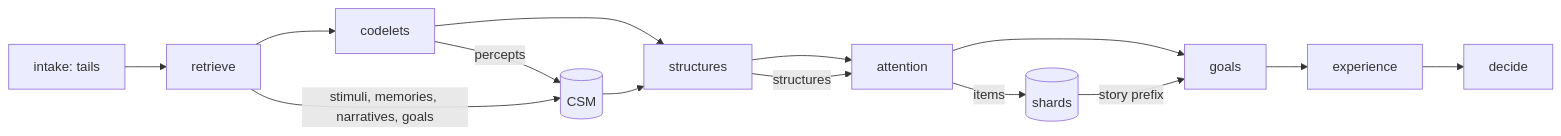
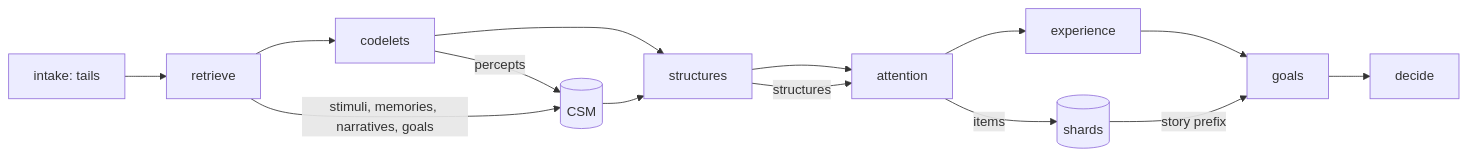
One commit to flamingrickpat/private-machine changed the diagram in docs/subsystems/workspace.md. Above: the diagram before and after it, drawn with Mermaid. The commit also changed other lines of this file and 55 other files, not shown here.

````diff
--- a/docs/subsystems/workspace.md
+++ b/docs/subsystems/workspace.md
@@ -25,10 +25,10 @@
 ```mermaid
 flowchart LR
-    I[intake: tails] --> R[retrieve] --> K[codelets] --> S[structures] --> N[attention] --> G[goals] --> E[experience] --> D[decide]
+    I[intake: tails] --> R[retrieve] --> K[codelets] --> S[structures] --> N[attention] --> E[experience] --> G[goals] --> D[decide]
     R -- stimuli, memories, narratives, goals --> CSM[(CSM)]
     K -- percepts --> CSM
     CSM --> S
     S -- structures --> N
     N -- items --> W[(shards)]
     W -- story prefix --> G
 ```
````
